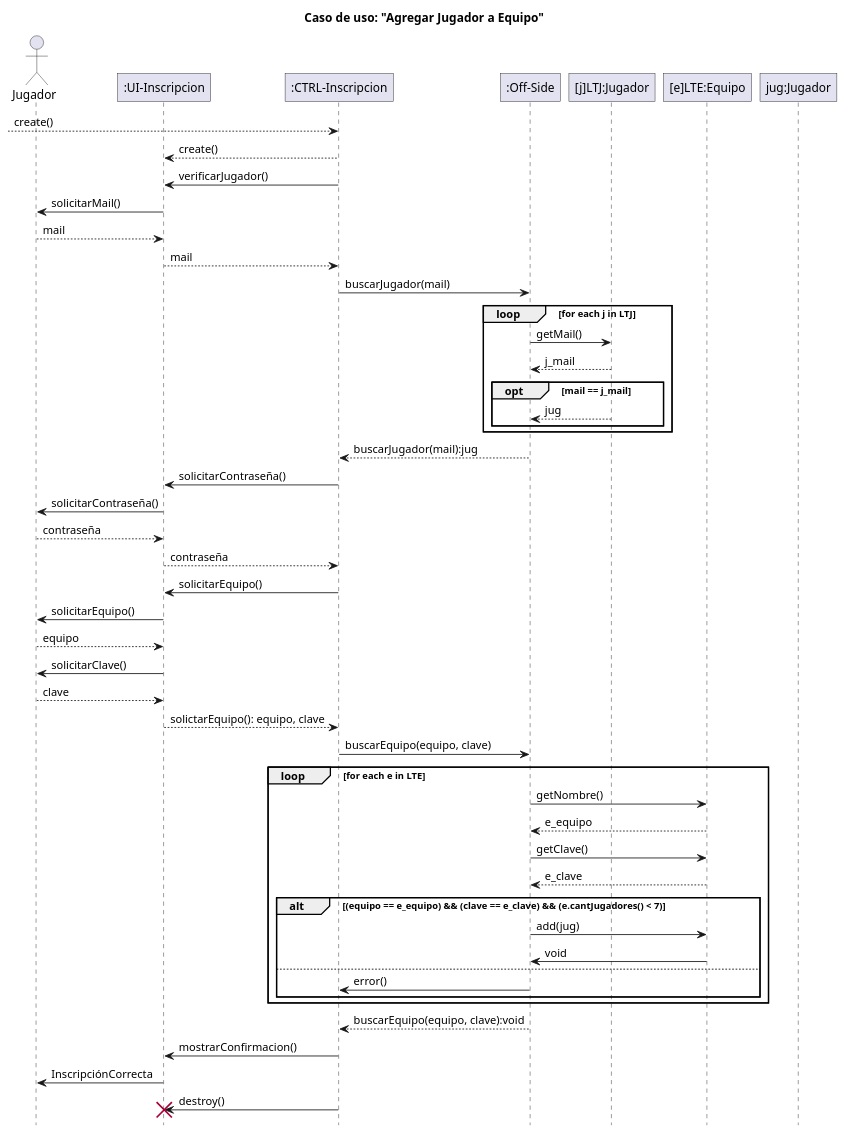
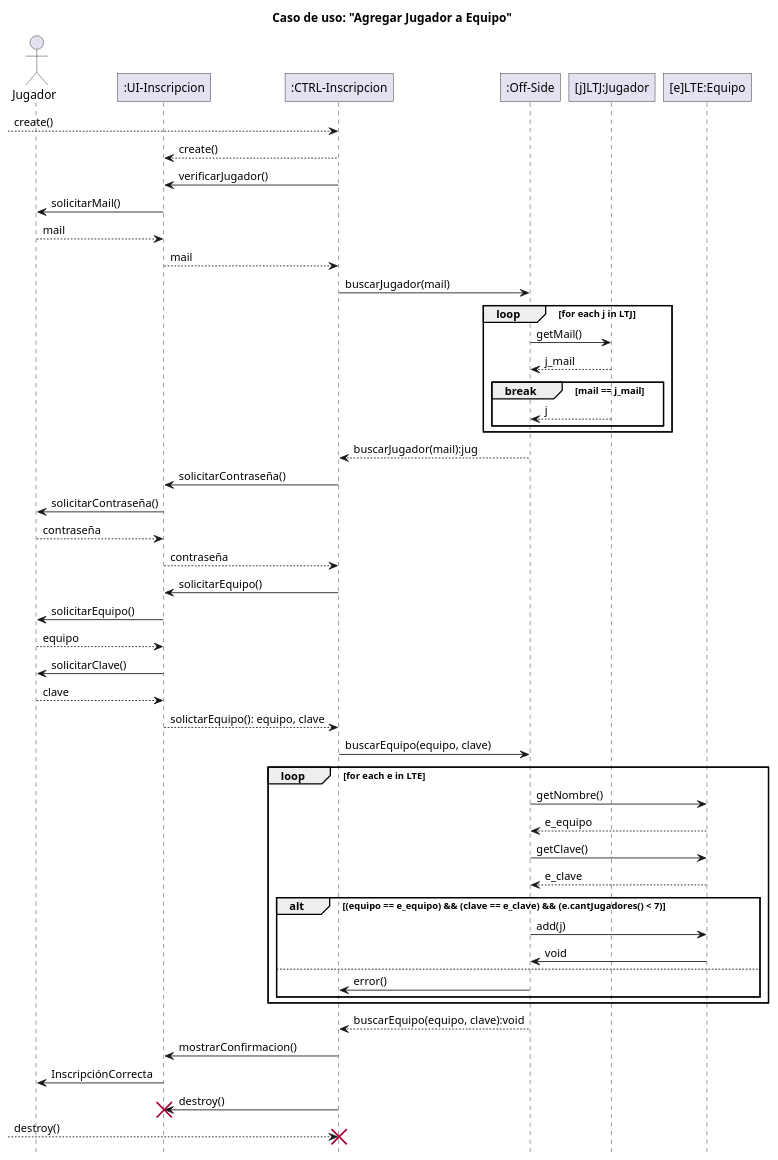
One commit to Z0SO/UML-Practice changed the second of 2 diagrams in Modelos parciales/modelo 2.md. Above: the diagram before and after it, drawn with PlantUML.

Commit message:
bkp -> 2024-07-03 15:58:19

```diff
--- a/Modelos parciales/modelo 2.md
+++ b/Modelos parciales/modelo 2.md
@@ -151,8 +151,6 @@
 participant "[e]LTE:Equipo" as e
 
 
-participant "jug:Jugador" as jug
-
 ' participant ":CTRL-autenticacion" as auth
 
 
@@ -171,8 +169,8 @@
     sistema -> jugadorLTJ : getMail()
     jugadorLTJ --> sistema : j_mail
 
-    opt mail == j_mail
-        jugadorLTJ --> sistema : jug
+    break mail == j_mail
+        jugadorLTJ --> sistema : j
     end
 end
 
@@ -208,7 +206,7 @@
 
     ' si coniciden los nombres se tendria que agregar al equipo el jugador
     alt (equipo == e_equipo) && (clave == e_clave) && (e.cantJugadores() < 7)
-        sistema -> e : add(jug)
+        sistema -> e : add(j)
         e -> sistema : void
     else
         sistema -> controlador : error()
@@ -224,6 +222,8 @@
 controlador -> ui : destroy()
 destroy ui
 
+controlador <--[ : destroy()
+destroy controlador
 
 
 @enduml
```
